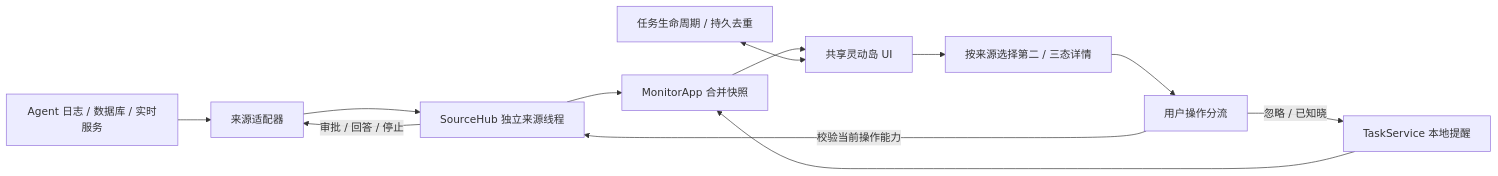
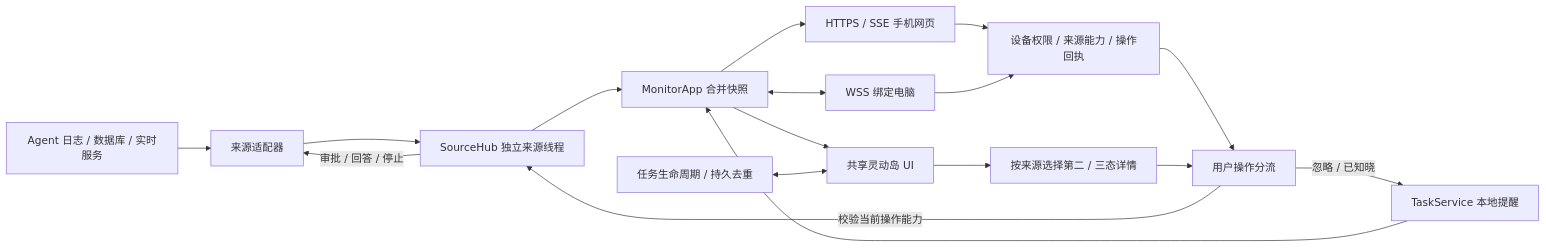
The diagram in README.md (TYueMing/BrightMoon-Monitor-V1), drawn with Mermaid before and after one commit. The commit also changed other lines of this file and 82 other files, not shown here.

````diff
--- a/README.md
+++ b/README.md
@@ -190,14 +234,19 @@
 ```mermaid
 flowchart LR
     Sources[Agent 日志 / 数据库 / 实时服务] --> Adapters[来源适配器]
     Adapters --> Hub[SourceHub 独立来源线程]
     Hub --> App[MonitorApp 合并快照]
     Tasks[TaskService 本地提醒] --> App
     App --> Island[共享灵动岛 UI]
+    App --> Phone[HTTPS / SSE 手机网页]
+    App <--> Peers[WSS 绑定电脑]
+    Phone --> Gate[设备权限 / 来源能力 / 操作回执]
+    Peers --> Gate
+    Gate --> Commands
     History[任务生命周期 / 持久去重] <--> Island
     Island --> Panels[按来源选择第二 / 三态详情]
     Panels --> Commands[用户操作分流]
     Commands -->|校验当前操作能力| Hub
     Hub -->|审批 / 回答 / 停止| Adapters
     Commands -->|忽略 / 已知晓| Tasks
 ```
````
